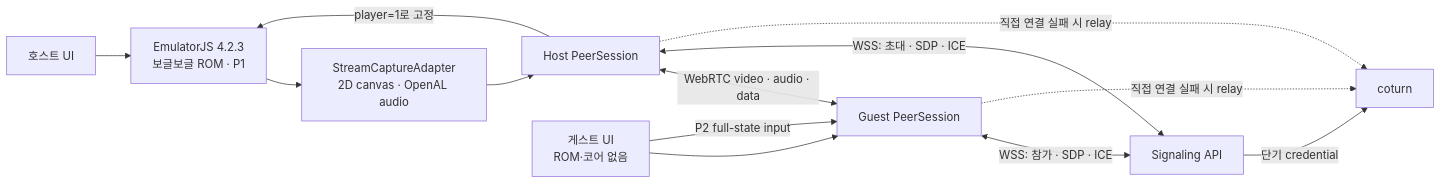
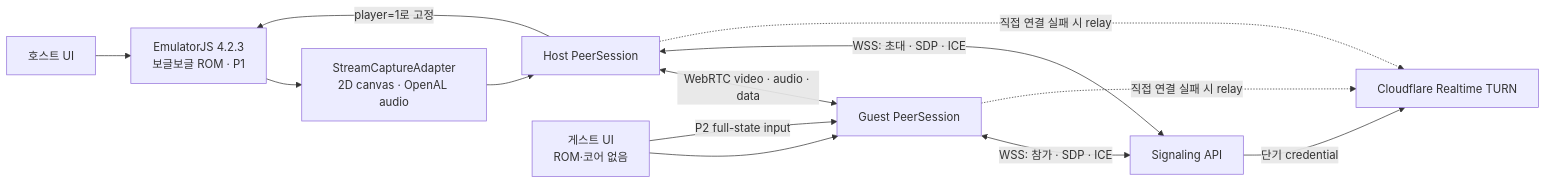
The first of 2 diagrams in docs/plans/2026-07-16_bubble-bobble-webrtc-streaming-poc.md (taekimax/ponpoko), drawn with Mermaid before and after one commit. The commit also changed other lines of this file and 30 other files, not shown here.

````diff
--- a/docs/plans/2026-07-16_bubble-bobble-webrtc-streaming-poc.md
+++ b/docs/plans/2026-07-16_bubble-bobble-webrtc-streaming-poc.md
@@ -173,15 +173,15 @@
 ```mermaid
 flowchart LR
     HUI["호스트 UI"] --> HE["EmulatorJS 4.2.3\n보글보글 ROM · P1"]
     HE --> CAP["StreamCaptureAdapter\n2D canvas · OpenAL audio"]
     CAP --> PC1["Host PeerSession"]
     GUI["게스트 UI\nROM·코어 없음"] --> PC2["Guest PeerSession"]
     PC1 <-->|"WebRTC video · audio · data"| PC2
     GUI -->|"P2 full-state input"| PC2
     PC1 -->|"player=1로 고정"| HE
     PC1 <-->|"WSS: 초대 · SDP · ICE"| SIG["Signaling API"]
     PC2 <-->|"WSS: 참가 · SDP · ICE"| SIG
-    SIG -->|"단기 credential"| TURN["coturn"]
+    SIG -->|"단기 credential"| TURN["Cloudflare Realtime TURN"]
     PC1 -.->|"직접 연결 실패 시 relay"| TURN
     PC2 -.->|"직접 연결 실패 시 relay"| TURN
 ```
````
